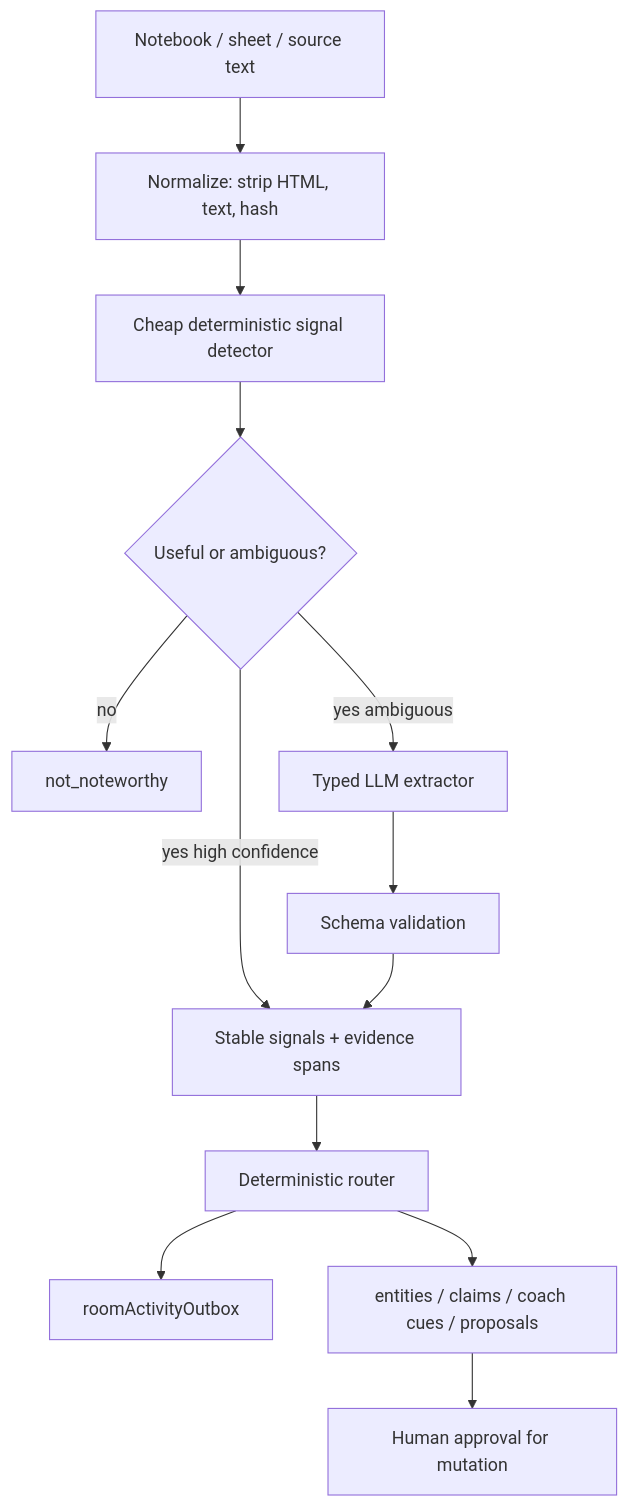
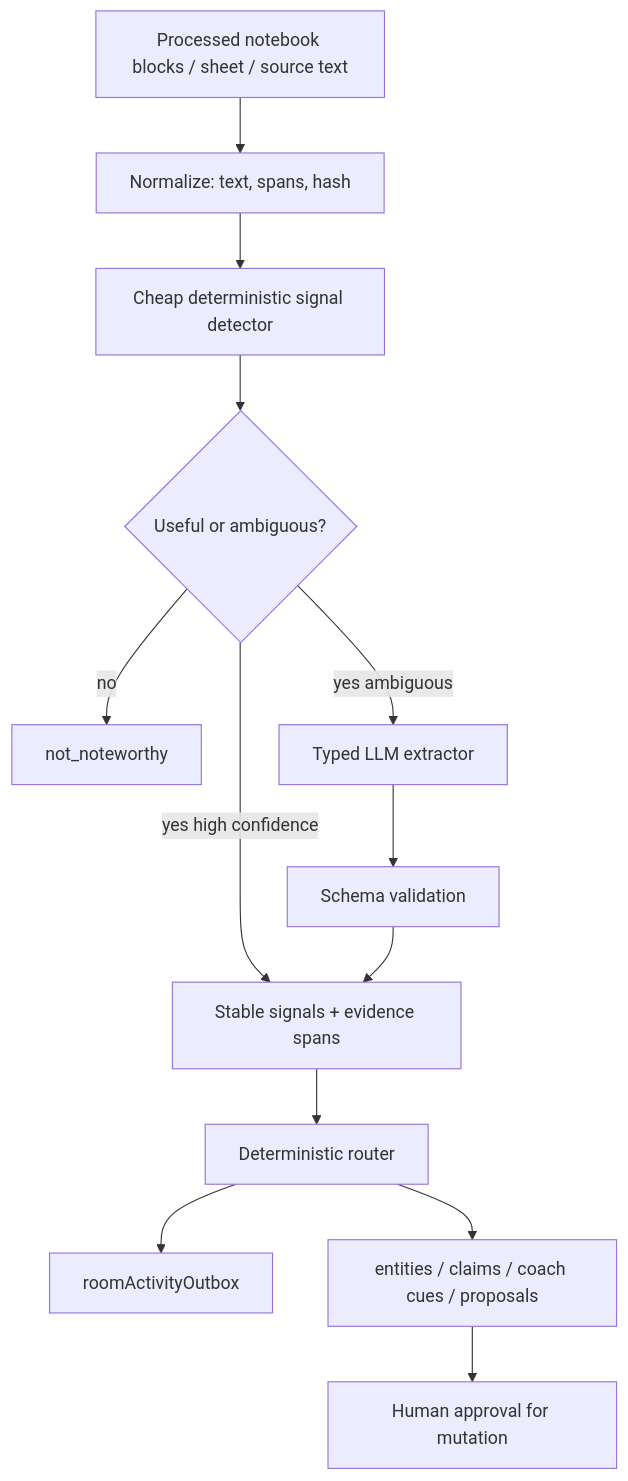
The diagram in plans/passive-classifier-production-pattern/plan.mdx (HomenShum/NodeRoom), drawn with Mermaid before and after one commit. The commit also changed other lines of this file and 130 other files, not shown here.

````diff
--- a/plans/passive-classifier-production-pattern/plan.mdx
+++ b/plans/passive-classifier-production-pattern/plan.mdx
@@ -9,15 +9,15 @@
 ```mermaid
 flowchart TD
-  Input[Notebook / sheet / source text] --> Normalize[Normalize: strip HTML, text, hash]
+  Input[Processed notebook blocks / sheet / source text] --> Normalize[Normalize: text, spans, hash]
   Normalize --> Rules[Cheap deterministic signal detector]
   Rules --> Gate{Useful or ambiguous?}
   Gate -->|no| Ignore[not_noteworthy]
   Gate -->|yes high confidence| Signals[Stable signals + evidence spans]
   Gate -->|yes ambiguous| Extractor[Typed LLM extractor]
   Extractor --> Validate[Schema validation]
   Validate --> Signals
   Signals --> Router[Deterministic router]
   Router --> Outbox[roomActivityOutbox]
   Router --> Sidecar[entities / claims / coach cues / proposals]
   Sidecar --> Approval[Human approval for mutation]
 ```
````
